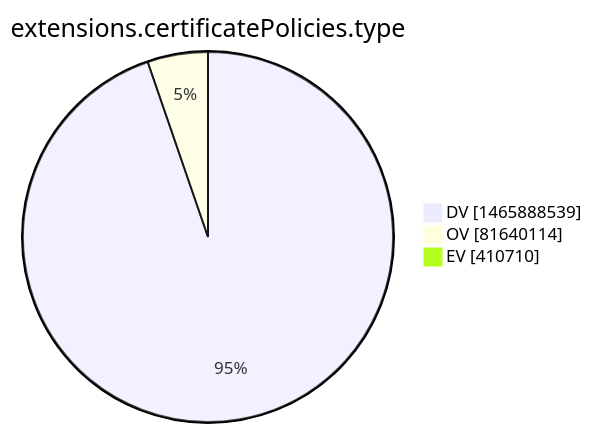
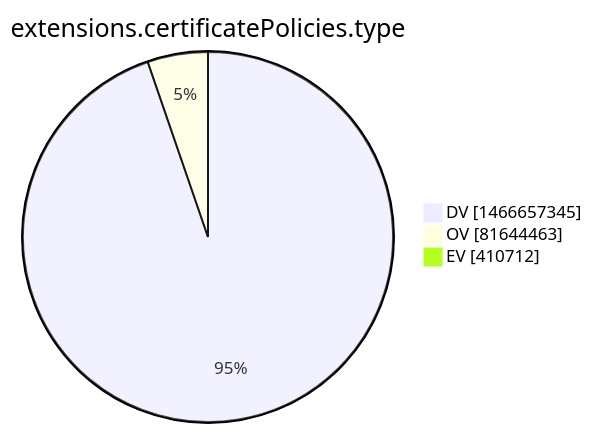
One commit to christiankrug/ctmonitor_visualization changed the tenth of 15 diagrams in xenon2022/README.md. Above: the diagram before and after it, drawn with Mermaid. The commit also changed other lines of this file, not shown here.

````diff
--- a/xenon2022/README.md
+++ b/xenon2022/README.md
@@ -2872,7 +2872,7 @@
 ```mermaid
 pie showData
 title extensions.certificatePolicies.type
-"DV" :1465888539
-"OV" :81640114
-"EV" :410710
+"DV" :1466657345
+"OV" :81644463
+"EV" :410712
 ```
````
